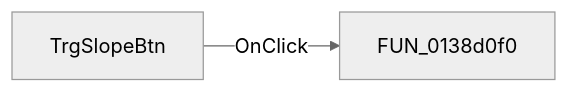
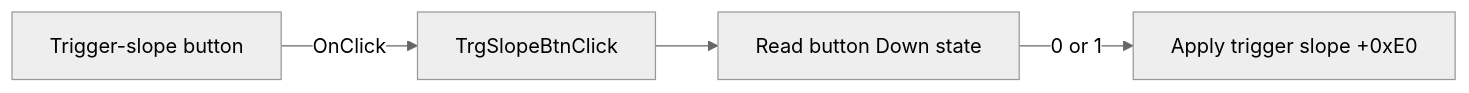
The diagram in docs/ui-controls/signalanalyzerwin/trgslopebtn-b355b40ab7.md (MovGP0/TIARA), drawn with Mermaid (neutral theme) before and after one commit. The commit also changed other lines of this file and 1062 other files, not shown here.

````diff
--- a/docs/ui-controls/signalanalyzerwin/trgslopebtn-b355b40ab7.md
+++ b/docs/ui-controls/signalanalyzerwin/trgslopebtn-b355b40ab7.md
@@ -27,4 +29,6 @@
 ```mermaid
 flowchart LR
-    control["TrgSlopeBtn"] -->|OnClick| handler["FUN_0138d0f0"]
+    control["Trigger-slope button"] -->|OnClick| handler["TrgSlopeBtnClick"]
+    handler --> state["Read button Down state"]
+    state -->|0 or 1| backend["Apply trigger slope +0xE0"]
 ```
````
